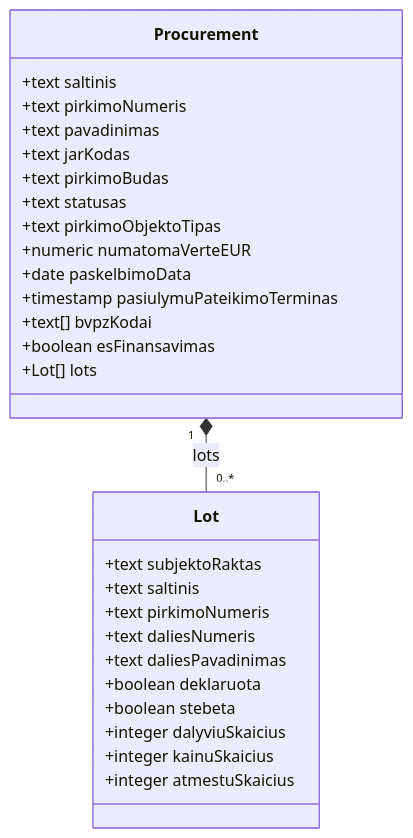
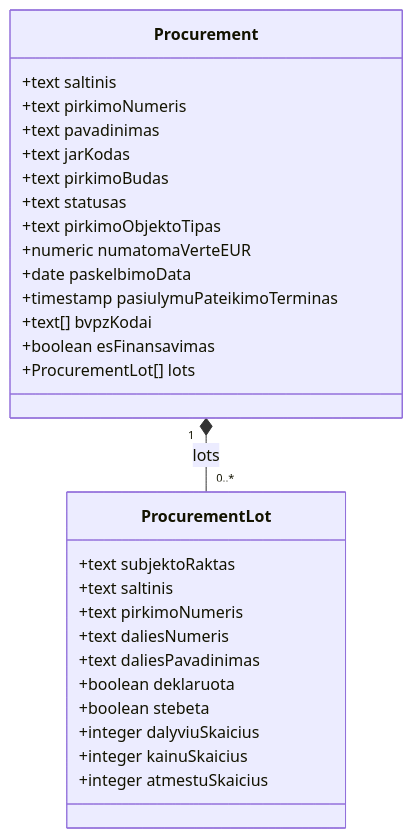
One commit to Viespirkiu-grupe/viespirkiai changed the third of 5 diagrams in docs/indicators-story/risk-service-architecture-v2.md. Above: the diagram before and after it, drawn with Mermaid. The commit also changed other lines of this file, not shown here.

````diff
--- a/docs/indicators-story/risk-service-architecture-v2.md
+++ b/docs/indicators-story/risk-service-architecture-v2.md
@@ -85,31 +118,31 @@
 ```mermaid
 classDiagram
     class Procurement {
         +text saltinis
         +text pirkimoNumeris
         +text pavadinimas
         +text jarKodas
         +text pirkimoBudas
         +text statusas
         +text pirkimoObjektoTipas
         +numeric numatomaVerteEUR
         +date paskelbimoData
         +timestamp pasiulymuPateikimoTerminas
         +text[] bvpzKodai
         +boolean esFinansavimas
-        +Lot[] lots
+        +ProcurementLot[] lots
     }
-    class Lot {
+    class ProcurementLot {
         +text subjektoRaktas
         +text saltinis
         +text pirkimoNumeris
         +text daliesNumeris
         +text daliesPavadinimas
         +boolean deklaruota
         +boolean stebeta
         +integer dalyviuSkaicius
         +integer kainuSkaicius
         +integer atmestuSkaicius
     }
-    Procurement "1" *-- "0..*" Lot: lots
+    Procurement "1" *-- "0..*" ProcurementLot: lots
 ```
````
